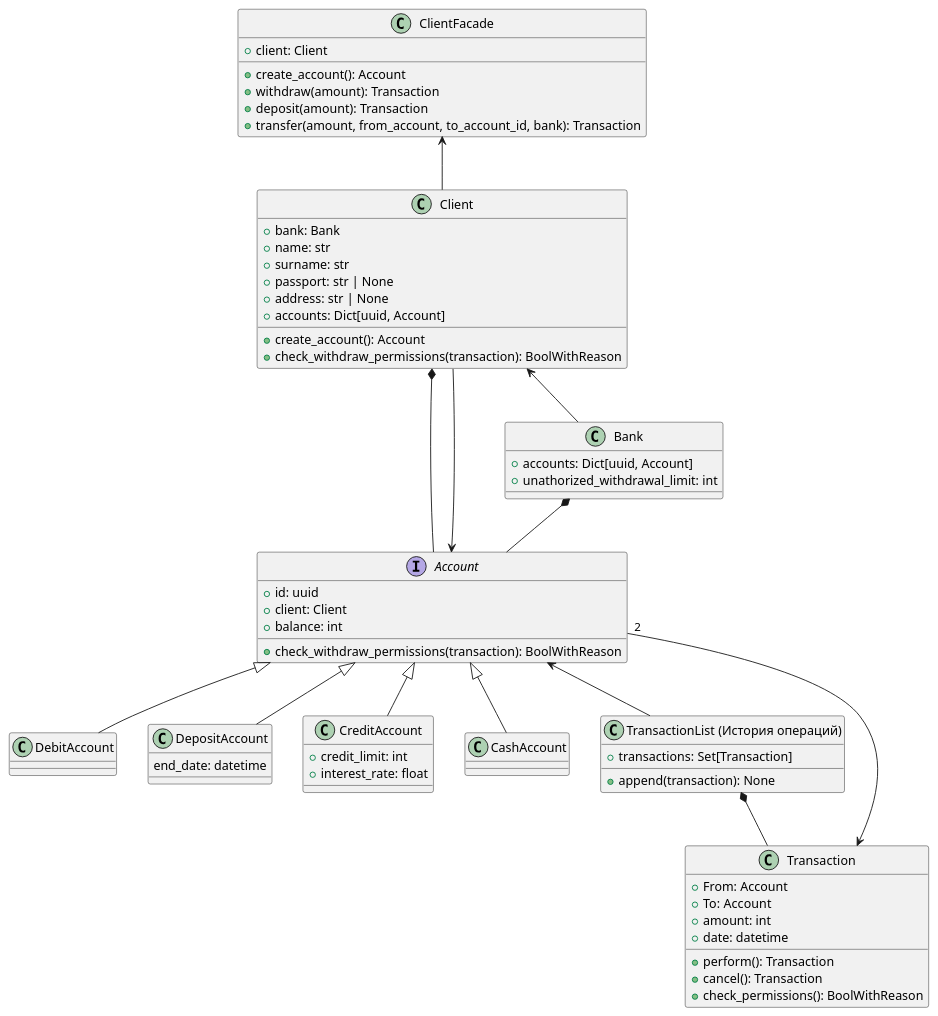
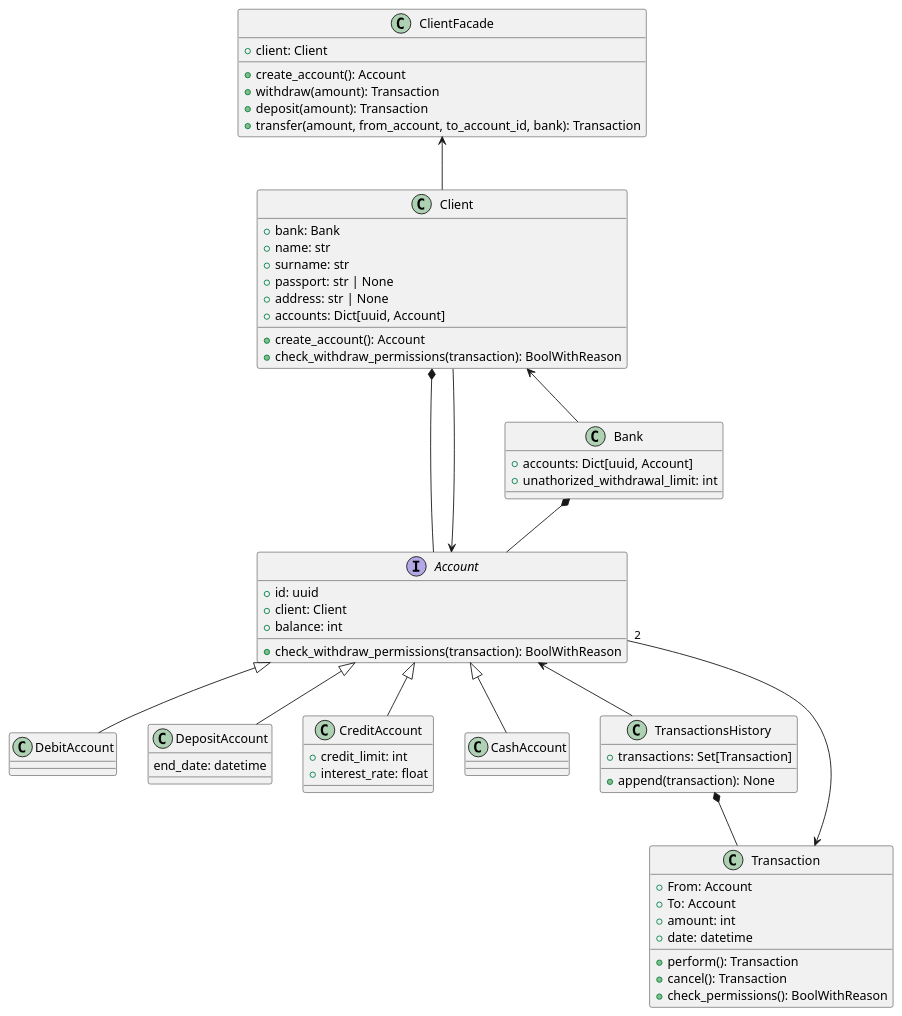
Before and after one commit to Batmaev/banking-proj: the diagram in classes.puml, drawn with PlantUML. The commit also changed 5 other files, not shown here.

Commit message:
latex diagrams

```diff
--- a/classes.puml
+++ b/classes.puml
@@ -1,80 +1,80 @@
 @startuml classes_uml
 
 class ClientFacade {
     + client: Client
 
     + create_account(): Account
     + withdraw(amount): Transaction
     + deposit(amount): Transaction
     + transfer(amount, from_account, to_account_id, bank): Transaction
 }
 
 ClientFacade <-- Client
 
 class Client {
     + bank: Bank
     + name: str
     + surname: str
     + passport: str | None
     + address: str | None
     + accounts: Dict[uuid, Account]
 
     + create_account(): Account
     + check_withdraw_permissions(transaction): BoolWithReason
 }
 
 interface Account {
     + id: uuid
     + client: Client
     + balance: int
 
     + check_withdraw_permissions(transaction): BoolWithReason
 }
 
 Account <|-- DebitAccount
 Account <|-- DepositAccount
 Account <|-- CreditAccount
 Account <|-- CashAccount
 
 class DepositAccount {
     end_date: datetime
 }
 
 class CreditAccount {
     + credit_limit: int
     + interest_rate: float
 }
 
 
 class Bank {
     + accounts: Dict[uuid, Account]
     + unathorized_withdrawal_limit: int
 }
 
 Client <-- Bank
 Bank *-- Account
 Client *-- Account
 Account <-- Client
 
 class Transaction {
     + From: Account
     + To: Account
     + amount: int
     + date: datetime
 
     + perform(): Transaction
     + cancel(): Transaction
     + check_permissions(): BoolWithReason
 }
 
 Transaction <-- "2" Account
 
-class "TransactionList (История операций)" as TransactionList {
+class TransactionsHistory {
     + transactions: Set[Transaction]
     + append(transaction): None
 }
 
-TransactionList *-- Transaction
-Account <-- TransactionList
+TransactionsHistory *-- Transaction
+Account <-- TransactionsHistory
 
 @enduml
```
